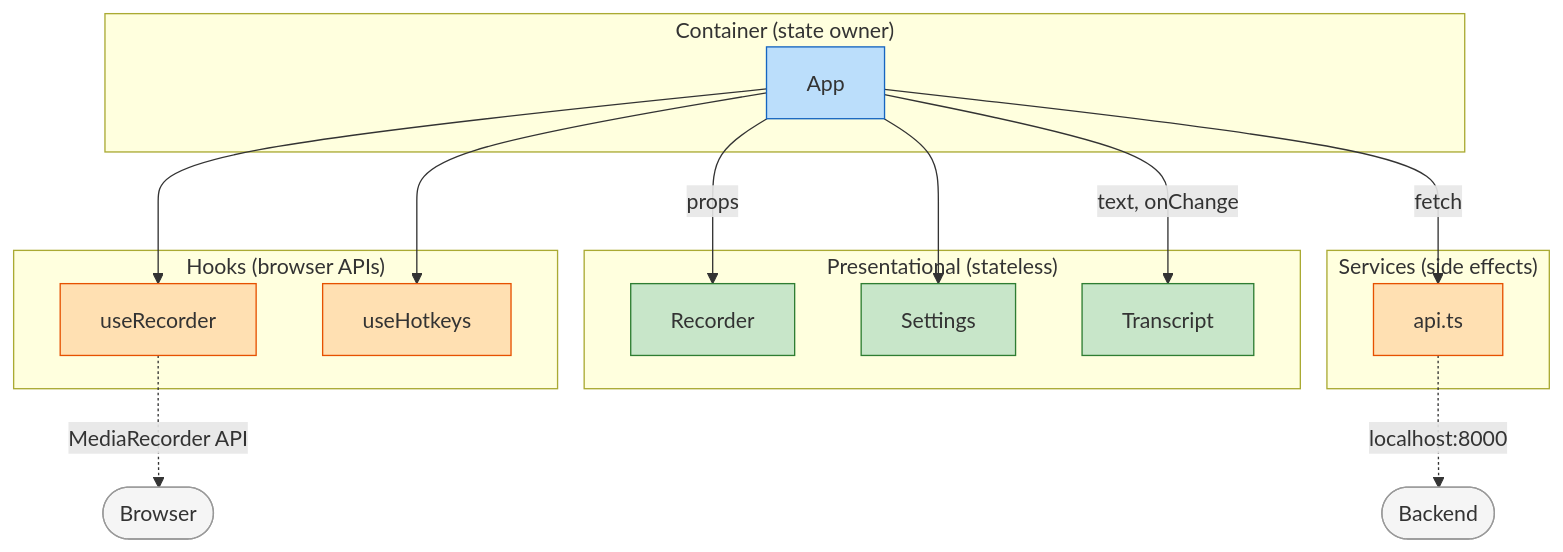
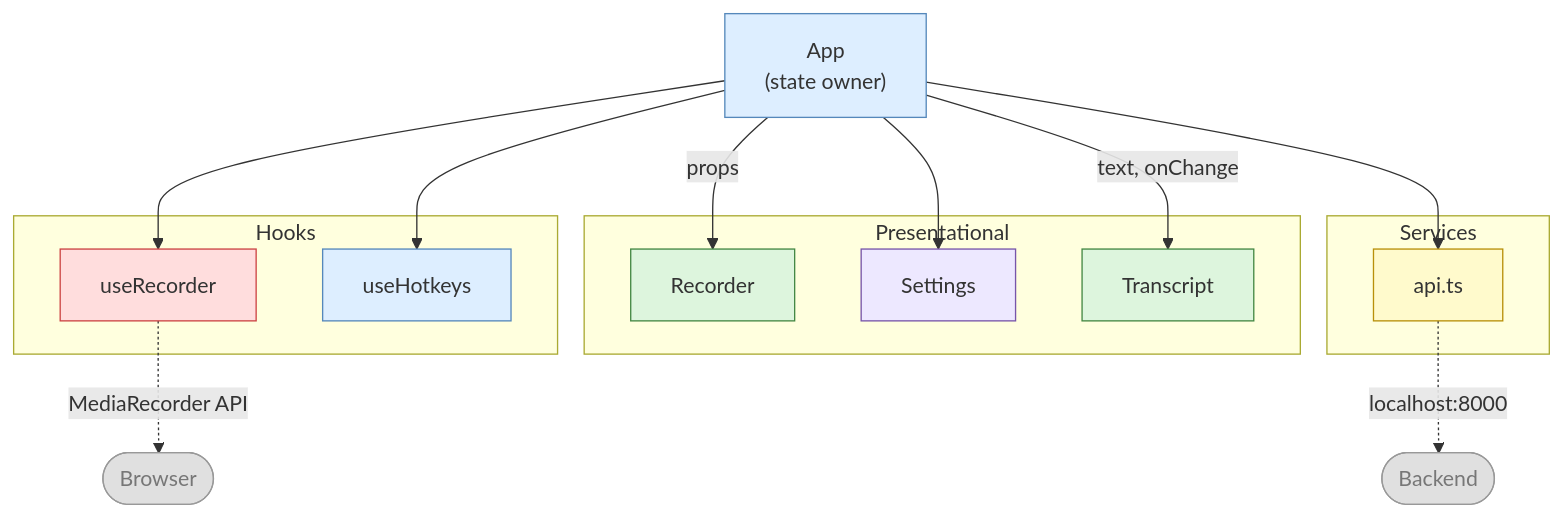
The diagram in docs/diagrams/component-architecture.mmd (JohnYanez95/voice-scribe), drawn with Mermaid before and after one commit. The commit also changed 1 other file, not shown here.

Commit message:
Align component architecture diagram to semantic color palette
Match color scheme to state machine diagram standard: blue=container,
red=active hooks, lavender=settings, green=presentational, yellow=services.
Minor subgraph label cleanup. Re-rendered PNG.

```diff
--- a/docs/diagrams/component-architecture.mmd
+++ b/docs/diagrams/component-architecture.mmd
@@ -1,39 +1,37 @@
 flowchart TB
-    subgraph Container ["Container (state owner)"]
-        App["App"]
+    App["App\n(state owner)"]
+
+    subgraph Hooks ["Hooks"]
+        useRecorder["useRecorder"]
+        useHotkeys["useHotkeys"]
     end
 
-    subgraph Presentational ["Presentational (stateless)"]
+    subgraph Presentational ["Presentational"]
         Recorder["Recorder"]
         Settings["Settings"]
         Transcript["Transcript"]
     end
 
-    subgraph Hooks ["Hooks (browser APIs)"]
-        useRecorder["useRecorder"]
-        useHotkeys["useHotkeys"]
-    end
-
-    subgraph Services ["Services (side effects)"]
+    subgraph Services ["Services"]
         api["api.ts"]
     end
 
+    App --> useRecorder
+    App --> useHotkeys
     App -->|"props"| Recorder
     App --> Settings
     App -->|"text, onChange"| Transcript
-    App --> useRecorder
-    App --> useHotkeys
-    App -->|"fetch"| api
+    App --> api
 
     useRecorder -.->|"MediaRecorder API"| mic(["Browser"])
     api -.->|"localhost:8000"| backend(["Backend"])
 
-    style App fill:#bbdefb,stroke:#1565c0
-    style Recorder fill:#c8e6c9,stroke:#2e7d32
-    style Settings fill:#c8e6c9,stroke:#2e7d32
-    style Transcript fill:#c8e6c9,stroke:#2e7d32
-    style useRecorder fill:#ffe0b2,stroke:#e65100
-    style useHotkeys fill:#ffe0b2,stroke:#e65100
-    style api fill:#ffe0b2,stroke:#e65100
-    style mic fill:#f5f5f5,stroke:#999
-    style backend fill:#f5f5f5,stroke:#999
+    style App         fill:#ddeeff,stroke:#5588bb,color:#333
+    style useRecorder fill:#ffdddd,stroke:#cc4444,color:#333
+    style useHotkeys  fill:#ddeeff,stroke:#5588bb,color:#333
+    style Recorder    fill:#ddf5dd,stroke:#448844,color:#333
+    style Settings    fill:#ede8ff,stroke:#7755aa,color:#333
+    style Transcript  fill:#ddf5dd,stroke:#448844,color:#333
+    style api         fill:#fffacc,stroke:#b8900a,color:#333
+    style mic         fill:#e0e0e0,stroke:#999999,color:#777
+    style backend     fill:#e0e0e0,stroke:#999999,color:#777
```
